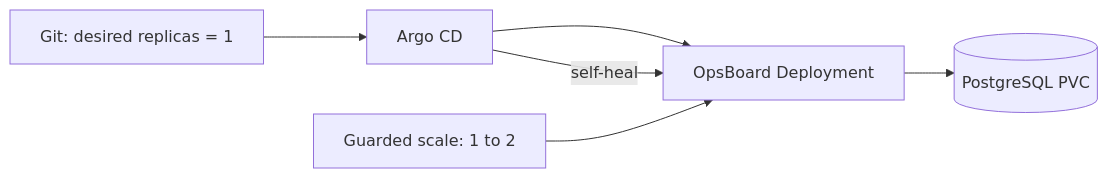
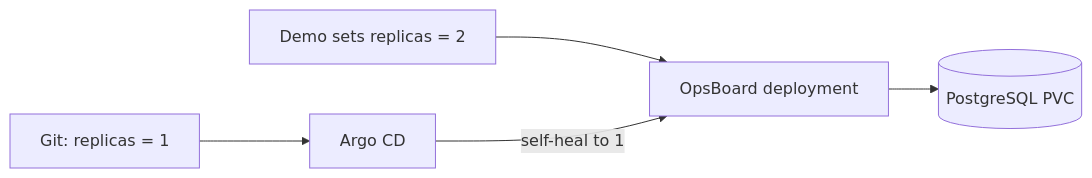
One commit to Mishkaaass/ci-cd-lab changed the third of 3 diagrams in README.md. Above: the diagram before and after it, drawn with Mermaid. The commit also changed other lines of this file and 2 other files, not shown here.

````diff
--- a/README.md
+++ b/README.md
@@ -82,8 +90,7 @@
 ```mermaid
 flowchart LR
-  Git[Git: desired replicas = 1] --> Argo[Argo CD]
-  Argo --> Cluster[OpsBoard Deployment]
-  Drift[Guarded scale: 1 to 2] --> Cluster
-  Argo -->|self-heal| Cluster
-  Cluster --> DB[(PostgreSQL PVC)]
+  Git[Git: replicas = 1] --> Argo[Argo CD]
+  Drift[Demo sets replicas = 2] --> K8s[OpsBoard deployment]
+  Argo -->|self-heal to 1| K8s
+  K8s --> DB[(PostgreSQL PVC)]
 ```
````
